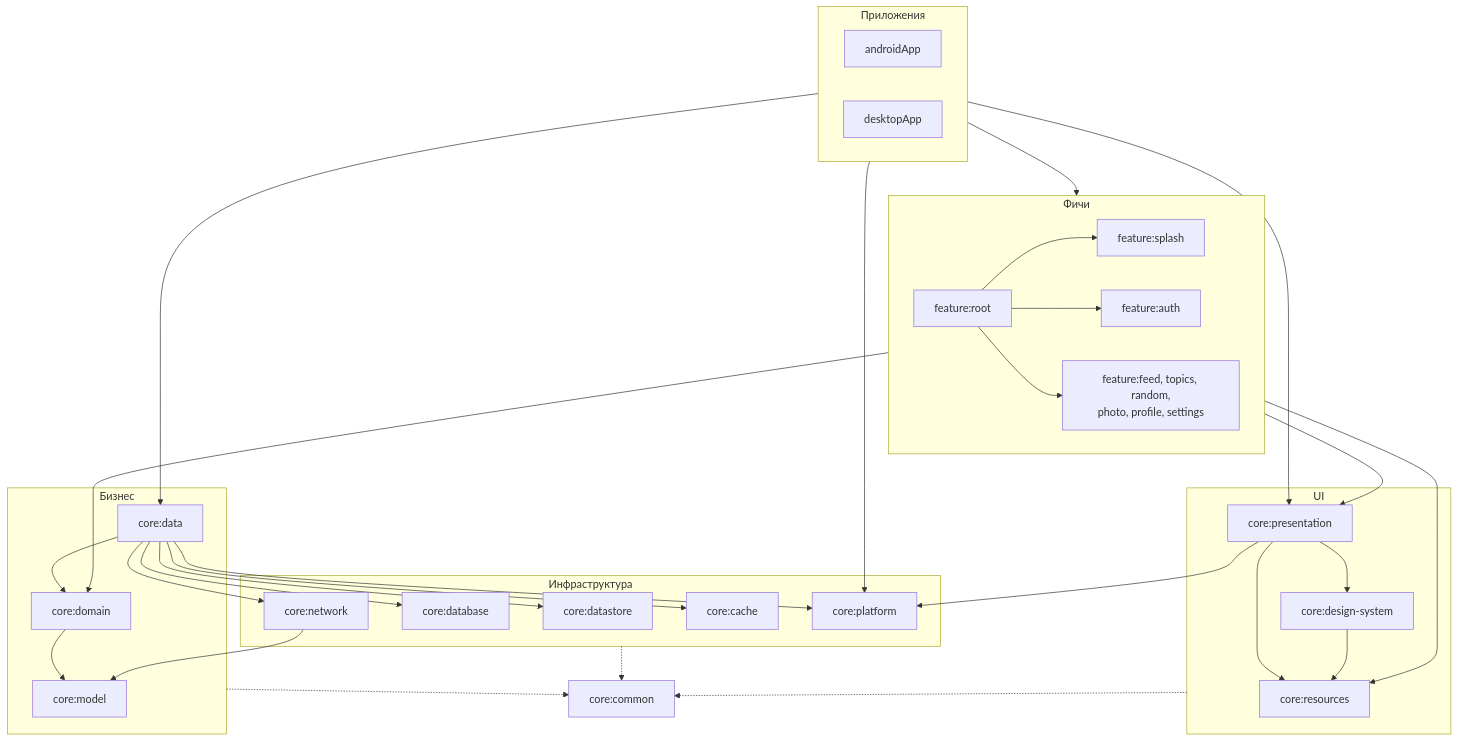
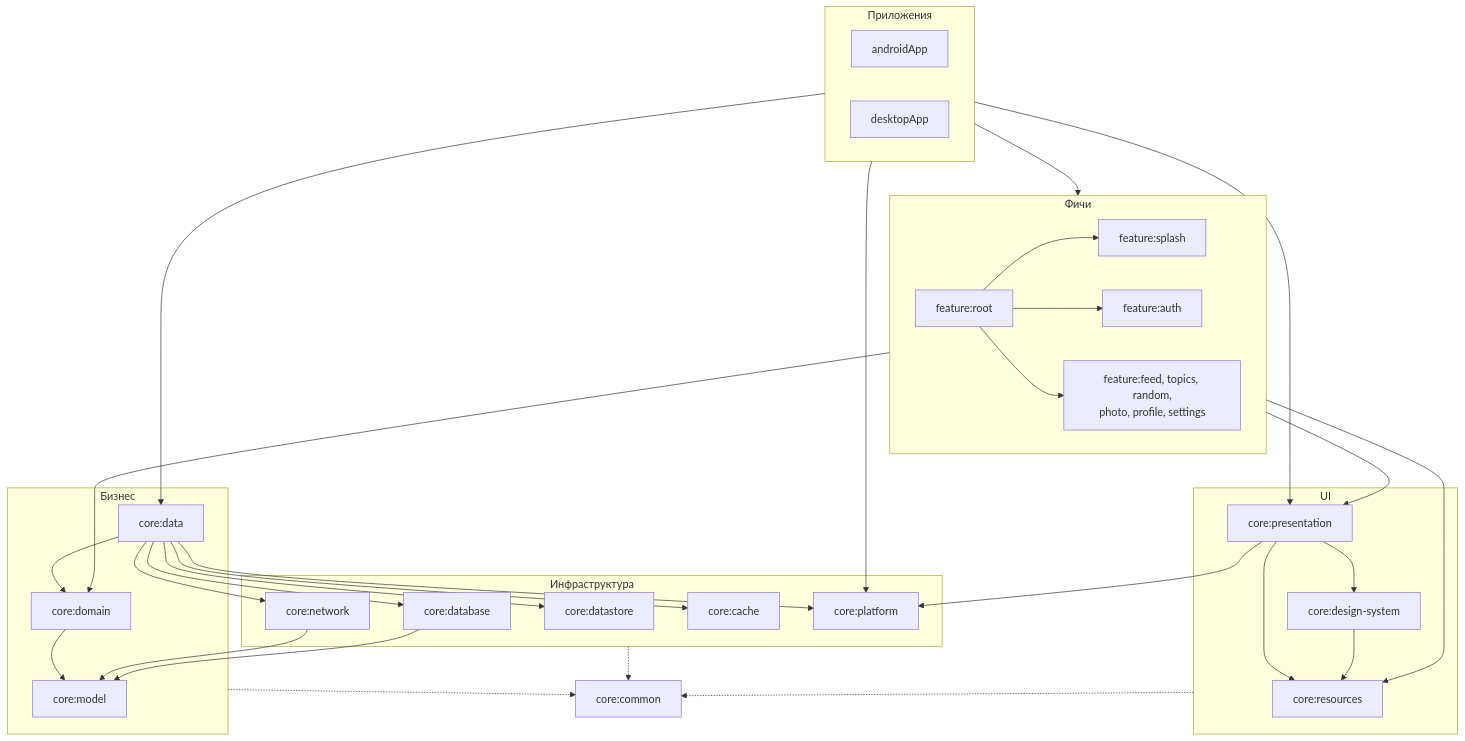
The diagram in docs/architecture/overview.md (KimoTeru/Wallify), drawn with Mermaid before and after one commit. The commit also changed other lines of this file and 63 other files, not shown here.

````diff
--- a/docs/architecture/overview.md
+++ b/docs/architecture/overview.md
@@ -33,62 +33,63 @@
 ```mermaid
 flowchart TB
     subgraph apps["Приложения"]
         androidApp
         desktopApp
     end
 
     subgraph features["Фичи"]
         root["feature:root"]
         splash["feature:splash"]
         auth["feature:auth"]
         screens["feature:feed, topics, random,<br/>photo, profile, settings"]
     end
 
     subgraph ui["UI"]
         presentation["core:presentation"]
         designSystem["core:design-system"]
         resources["core:resources"]
     end
 
     subgraph business["Бизнес"]
         domain["core:domain"]
         data["core:data"]
         model["core:model"]
     end
 
     subgraph infra["Инфраструктура"]
         network["core:network"]
         database["core:database"]
         datastore["core:datastore"]
         cache["core:cache"]
         platform["core:platform"]
     end
 
     common["core:common"]
 
     apps --> features
     apps --> data
     apps --> platform
     apps --> presentation
     root --> splash
     root --> auth
     root --> screens
     features --> presentation
     features --> domain
     presentation --> designSystem
     presentation --> resources
     designSystem --> resources
     features --> resources
     presentation --> platform
     domain --> model
     data --> domain
     data --> network
     network --> model
+    database --> model
     data --> database
     data --> datastore
     data --> cache
     data --> platform
     infra -.-> common
     business -.-> common
     ui -.-> common
 ```
````
